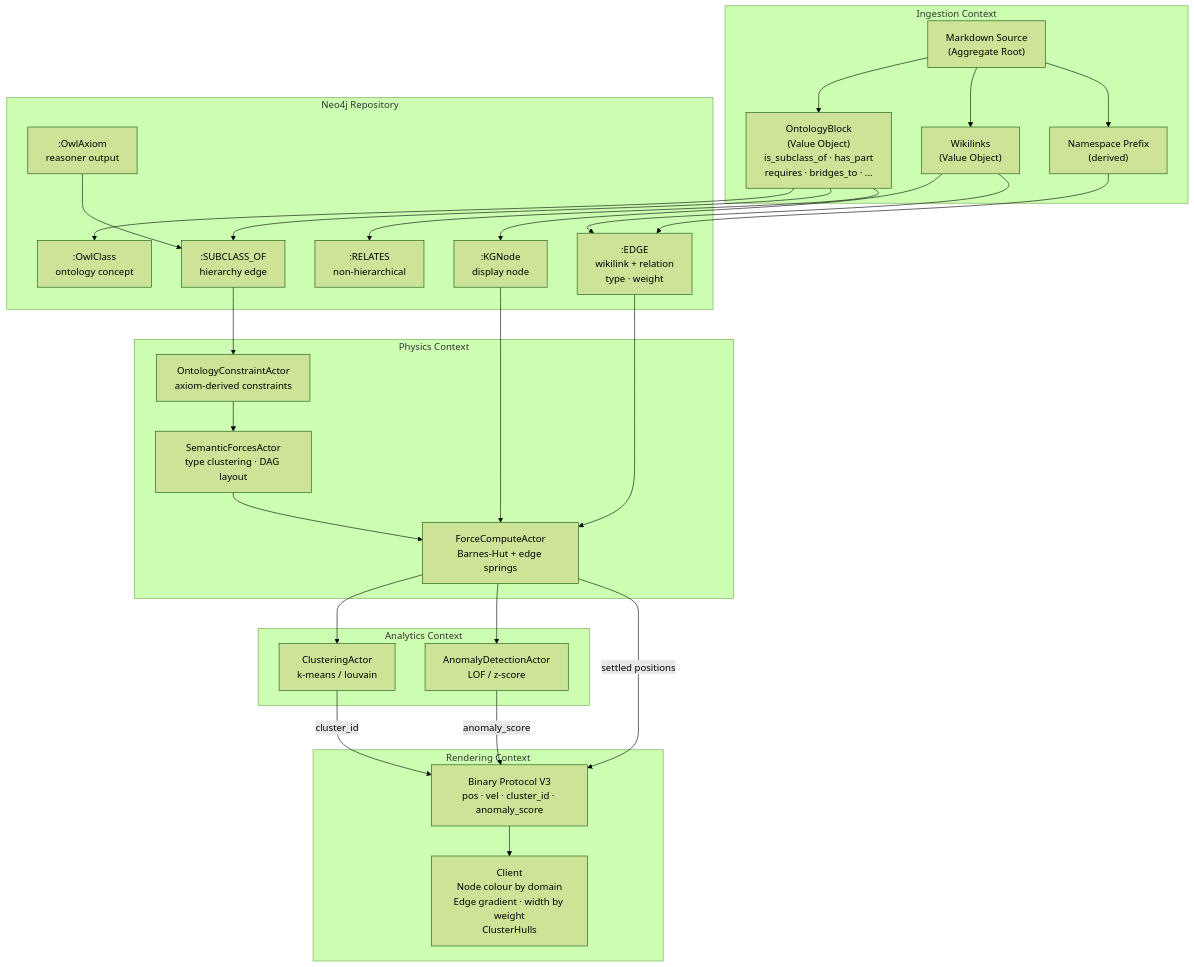
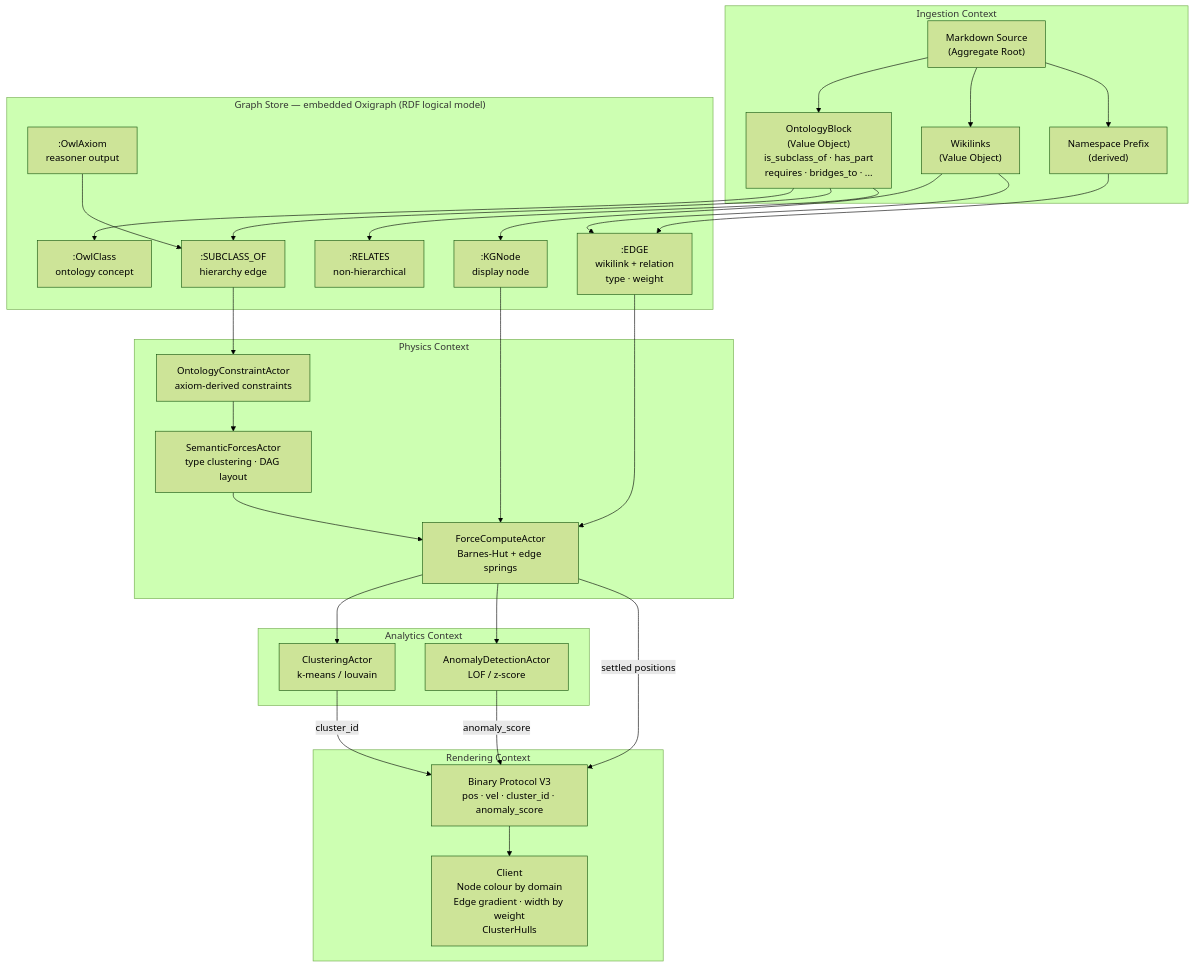
The diagram in docs/explanation/ddd-semantic-pipeline.md (shaneholloman/logseq-spring-thing), drawn with Mermaid (forest theme) before and after one commit. The commit also changed other lines of this file and 58 other files, not shown here.

First line of the commit message:
docs: Neo4j→Oxigraph + webxr→visionclaw alignment, physics controls, health probes

````diff
--- a/docs/explanation/ddd-semantic-pipeline.md
+++ b/docs/explanation/ddd-semantic-pipeline.md
@@ -61,56 +61,56 @@
 ```mermaid
 flowchart TD
     MD["Markdown Source\n(Aggregate Root)"]
 
     subgraph Parse["Ingestion Context"]
         OB["OntologyBlock\n(Value Object)\nis_subclass_of · has_part\nrequires · bridges_to · ..."]
         WL["Wikilinks\n(Value Object)"]
         NS["Namespace Prefix\n(derived)"]
         MD --> OB
         MD --> WL
         MD --> NS
     end
 
-    subgraph Neo4j["Neo4j Repository"]
+    subgraph GraphStore["Graph Store — embedded Oxigraph (RDF logical model)"]
         GN[":KGNode\ndisplay node"]
         OC[":OwlClass\nontology concept"]
         EDGE[":EDGE\nwikilink + relation\ntype · weight"]
         SUB[":SUBCLASS_OF\nhierarchy edge"]
         REL[":RELATES\nnon-hierarchical"]
         OA[":OwlAxiom\nreasoner output"]
         OB --> OC
         OB --> SUB
         OB --> REL
         WL --> GN
         WL --> EDGE
         NS --> EDGE
         OA --> SUB
     end
 
     subgraph Physics["Physics Context"]
         FCA["ForceComputeActor\nBarnes-Hut + edge springs"]
         SFA["SemanticForcesActor\ntype clustering · DAG layout"]
         OCA["OntologyConstraintActor\naxiom-derived constraints"]
         GN --> FCA
         EDGE --> FCA
         SUB --> OCA
         OCA --> SFA
         SFA --> FCA
     end
 
     subgraph Analytics["Analytics Context"]
         CLA["ClusteringActor\nk-means / louvain"]
         ADA["AnomalyDetectionActor\nLOF / z-score"]
         FCA --> CLA
         FCA --> ADA
     end
 
     subgraph Render["Rendering Context"]
         BP["Binary Protocol V3\npos · vel · cluster_id · anomaly_score"]
         GFX["Client\nNode colour by domain\nEdge gradient · width by weight\nClusterHulls"]
         FCA -->|"settled positions"| BP
         CLA -->|"cluster_id"| BP
         ADA -->|"anomaly_score"| BP
         BP --> GFX
     end
 ```
````
